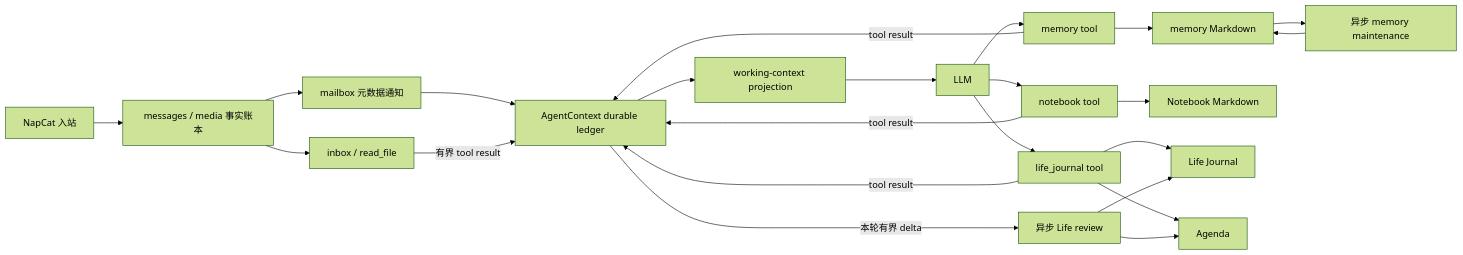
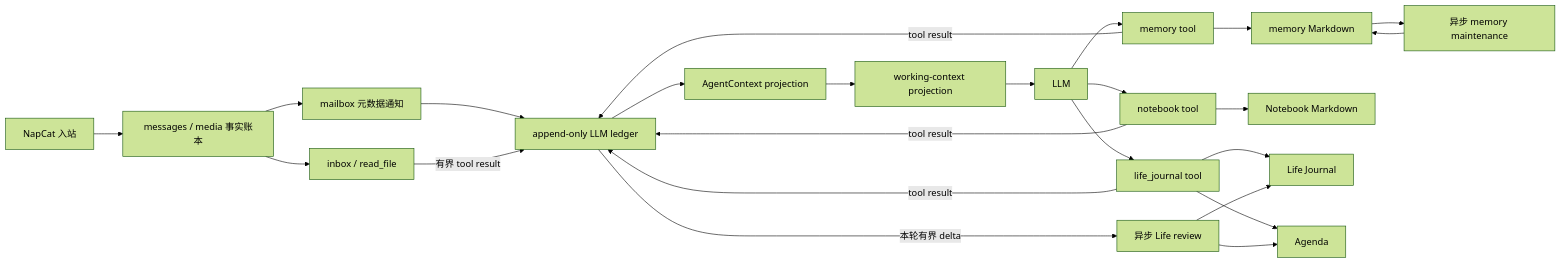
The diagram in docs/MEMORY_ARCHITECTURE.md (gecan123/qq-bot-v2), drawn with Mermaid (forest theme) before and after one commit. The commit also changed other lines of this file and 9 other files, not shown here.

````diff
--- a/docs/MEMORY_ARCHITECTURE.md
+++ b/docs/MEMORY_ARCHITECTURE.md
@@ -36,27 +38,28 @@
 ```mermaid
 flowchart LR
   N["NapCat 入站"] --> F["messages / media 事实账本"]
   F --> B["mailbox 元数据通知"]
-  B --> C["AgentContext durable ledger"]
+  B --> C["append-only LLM ledger"]
   F --> I["inbox / read_file"]
   I -->|"有界 tool result"| C
-  C --> W["working-context projection"]
+  C --> P["AgentContext projection"]
+  P --> W["working-context projection"]
   W --> L["LLM"]
 
   L --> M["memory tool"]
   L --> K["notebook tool"]
   L --> J["life_journal tool"]
   M --> MM["memory Markdown"]
   K --> NB["Notebook Markdown"]
   J --> LJ["Life Journal"]
   J --> A["Agenda"]
   M -->|"tool result"| C
   K -->|"tool result"| C
   J -->|"tool result"| C
 
   C -->|"本轮有界 delta"| R["异步 Life review"]
   R --> LJ
   R --> A
   MM --> MR["异步 memory maintenance"]
   MR --> MM
 ```
````
